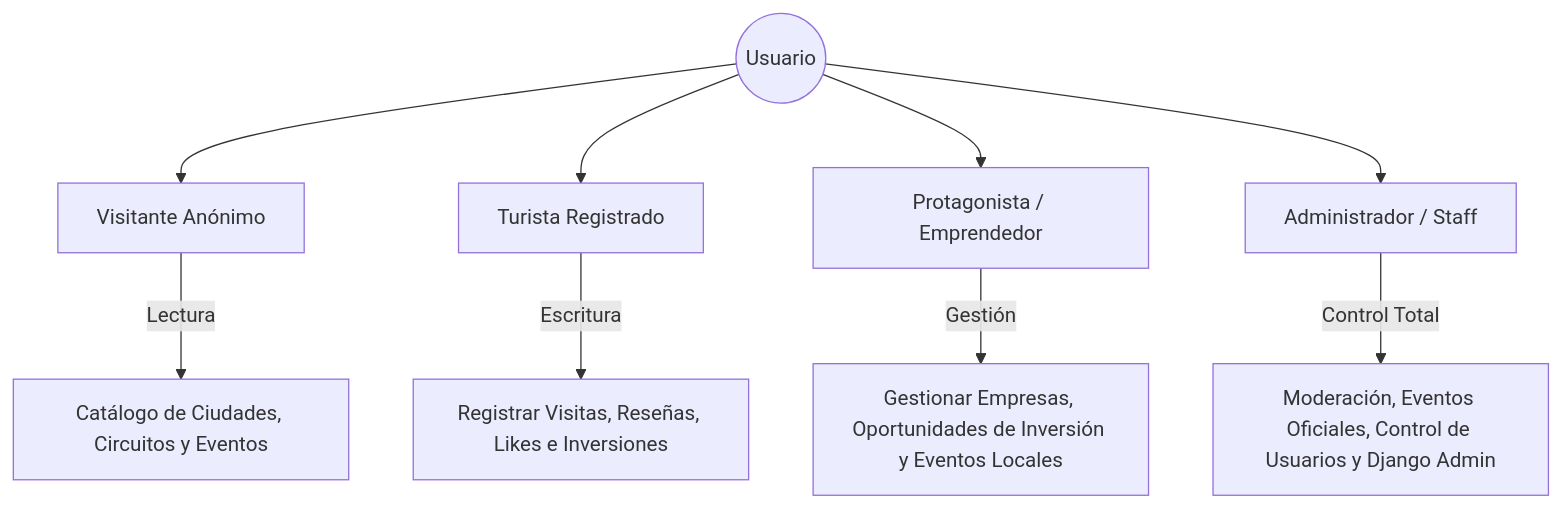
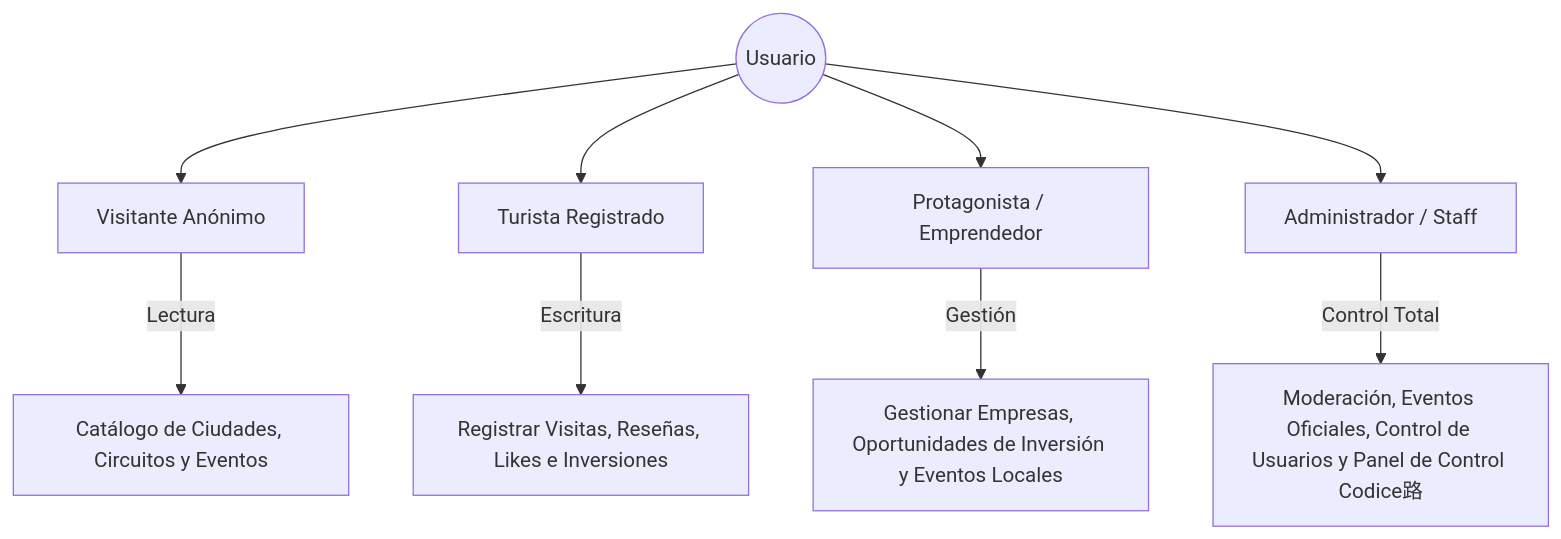
The first of 3 diagrams in SEGURIDAD_Y_BUENAS_PRACTICAS.md (ader999/codisecore), drawn with Mermaid before and after one commit. The commit also changed other lines of this file and 9 other files, not shown here.

First line of the commit message:
feat(admin): personalizar panel Codice路 y permitir edición de traducciones

````diff
--- a/SEGURIDAD_Y_BUENAS_PRACTICAS.md
+++ b/SEGURIDAD_Y_BUENAS_PRACTICAS.md
@@ -167,13 +167,13 @@
 ```mermaid
 graph TD
     User((Usuario))
     User --> Anon[Visitante Anónimo]
     User --> Turista[Turista Registrado]
     User --> Protagonista[Protagonista / Emprendedor]
     User --> Staff[Administrador / Staff]
 
     Anon -->|Lectura| Pub[Catálogo de Ciudades, Circuitos y Eventos]
     Turista -->|Escritura| Vis[Registrar Visitas, Reseñas, Likes e Inversiones]
     Protagonista -->|Gestión| Emp[Gestionar Empresas, Oportunidades de Inversión y Eventos Locales]
-    Staff -->|Control Total| Adm[Moderación, Eventos Oficiales, Control de Usuarios y Django Admin]
+    Staff -->|Control Total| Adm[Moderación, Eventos Oficiales, Control de Usuarios y Panel de Control Codice路]
 ```
````
